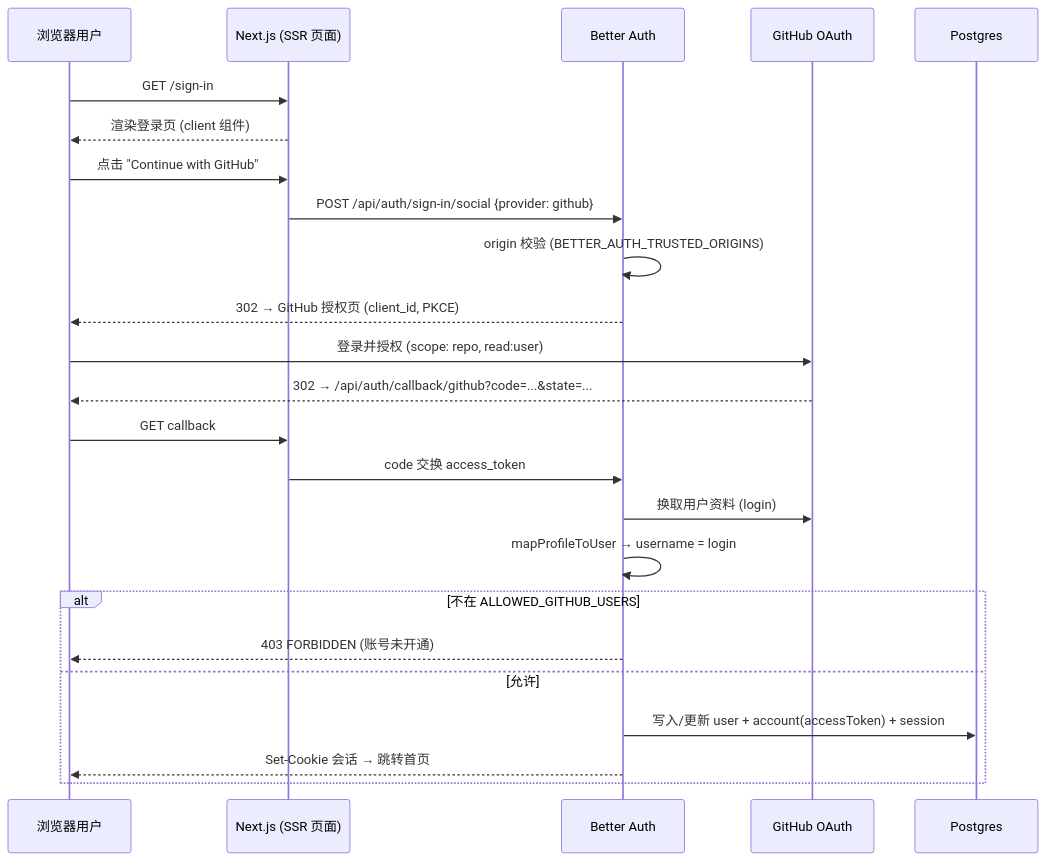
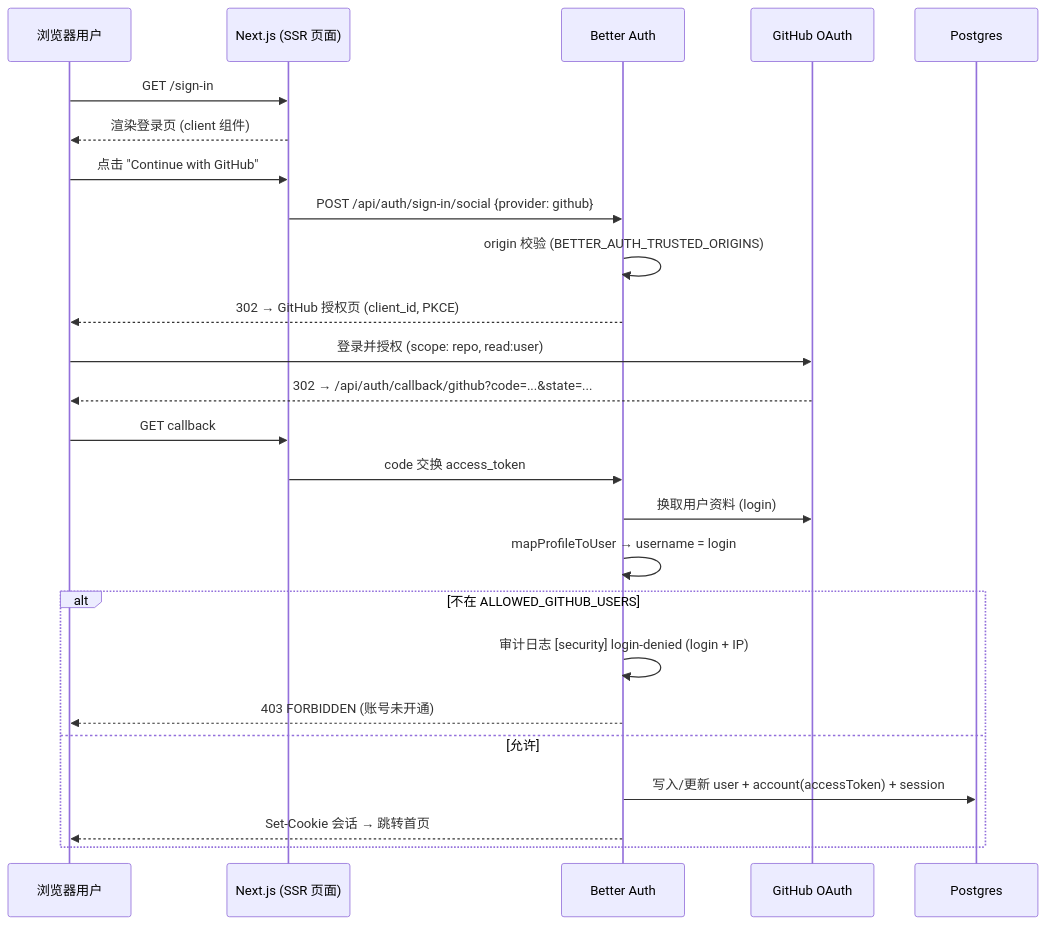
The fourth of 12 diagrams in docs/ARCHITECTURE.md (fuyucn/sumi), drawn with Mermaid before and after one commit. The commit also changed other lines of this file and 8 other files, not shown here.

````diff
--- a/docs/ARCHITECTURE.md
+++ b/docs/ARCHITECTURE.md
@@ -219,27 +219,28 @@
 ```mermaid
 sequenceDiagram
     participant U as 浏览器用户
     participant N as Next.js (SSR 页面)
     participant BA as Better Auth
     participant GH as GitHub OAuth
     participant DB as Postgres
 
     U->>N: GET /sign-in
     N-->>U: 渲染登录页 (client 组件)
     U->>N: 点击 "Continue with GitHub"
     N->>BA: POST /api/auth/sign-in/social {provider: github}
     BA->>BA: origin 校验 (BETTER_AUTH_TRUSTED_ORIGINS)
     BA-->>U: 302 → GitHub 授权页 (client_id, PKCE)
     U->>GH: 登录并授权 (scope: repo, read:user)
     GH-->>U: 302 → /api/auth/callback/github?code=...&state=...
     U->>N: GET callback
     N->>BA: code 交换 access_token
     BA->>GH: 换取用户资料 (login)
     BA->>BA: mapProfileToUser → username = login
     alt 不在 ALLOWED_GITHUB_USERS
+        BA->>BA: 审计日志 [security] login-denied (login + IP)
         BA-->>U: 403 FORBIDDEN (账号未开通)
     else 允许
         BA->>DB: 写入/更新 user + account(accessToken) + session
         BA-->>U: Set-Cookie 会话 → 跳转首页
     end
 ```
````
